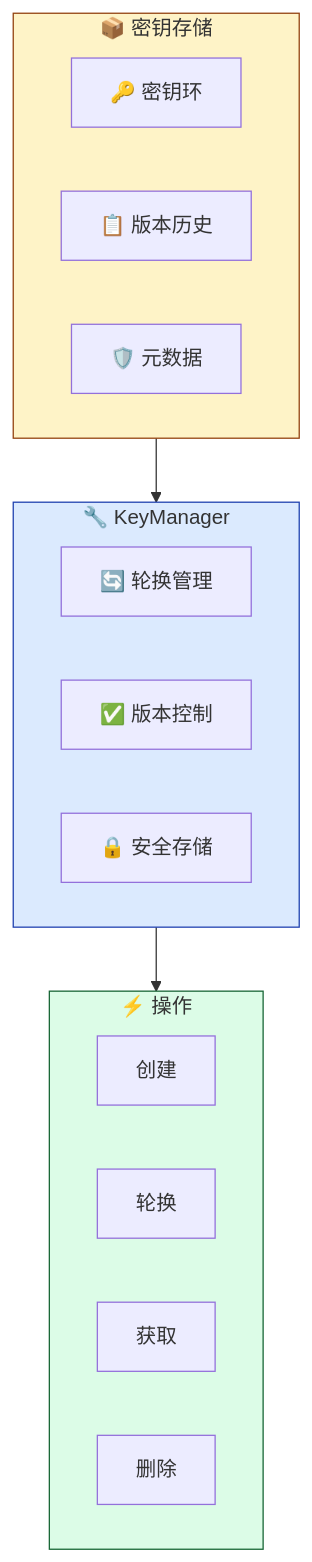
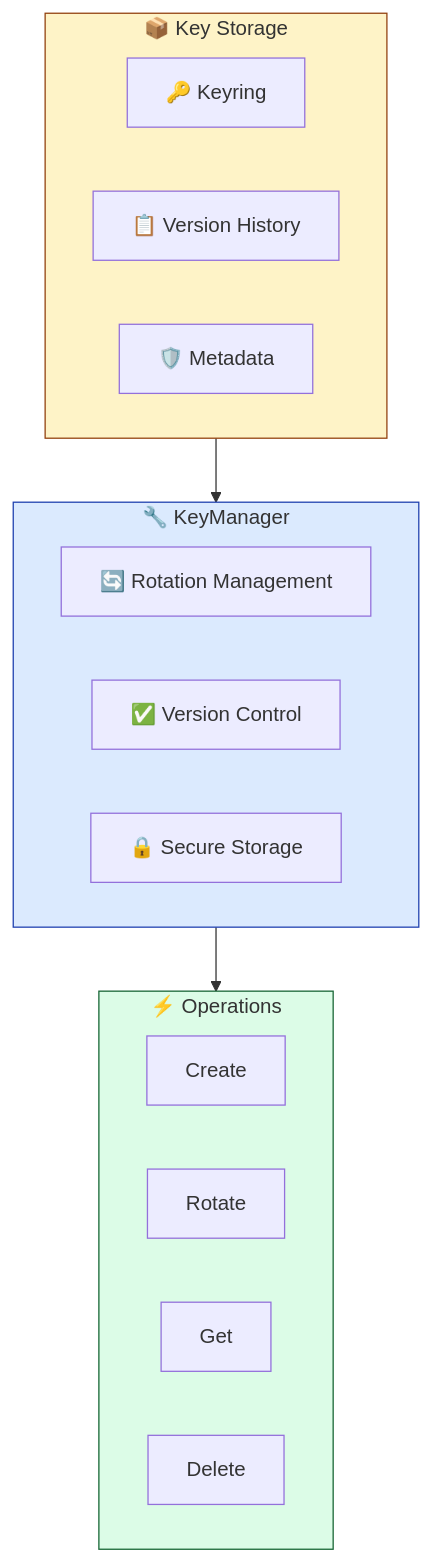
The second of 3 diagrams in docs/API_REFERENCE.md (Kirky-X/confers), drawn with Mermaid before and after one commit. The commit also changed other lines of this file and 6 other files, not shown here.

````diff
--- a/docs/API_REFERENCE.md
+++ b/docs/API_REFERENCE.md
@@ -651,28 +535,28 @@
 ```mermaid
 graph TB
-    subgraph Storage ["📦 密钥存储"]
-        A[🔑 密钥环]
-        B[📋 版本历史]
-        C[🛡️ 元数据]
+    subgraph Storage ["📦 Key Storage"]
+        A[🔑 Keyring]
+        B[📋 Version History]
+        C[🛡️ Metadata]
     end
     
     subgraph Manager ["🔧 KeyManager"]
-        D[🔄 轮换管理]
-        E[✅ 版本控制]
-        F[🔒 安全存储]
+        D[🔄 Rotation Management]
+        E[✅ Version Control]
+        F[🔒 Secure Storage]
     end
     
-    subgraph Operations ["⚡ 操作"]
-        G[创建]
-        H[轮换]
-        I[获取]
-        J[删除]
+    subgraph Operations ["⚡ Operations"]
+        G[Create]
+        H[Rotate]
+        I[Get]
+        J[Delete]
     end
     
     Storage --> Manager
     Manager --> Operations
     
     style Storage fill:#FEF3C7,stroke:#92400E
     style Manager fill:#DBEAFE,stroke:#1E40AF
     style Operations fill:#DCFCE7,stroke:#166534
 ```
````
